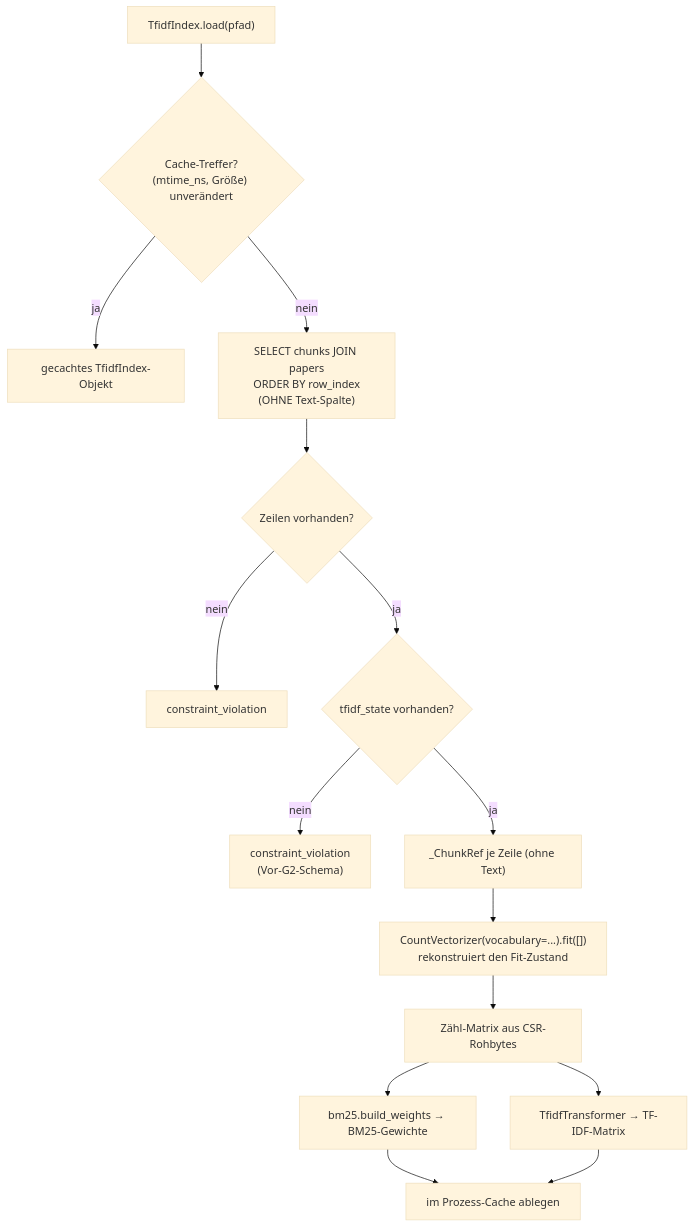
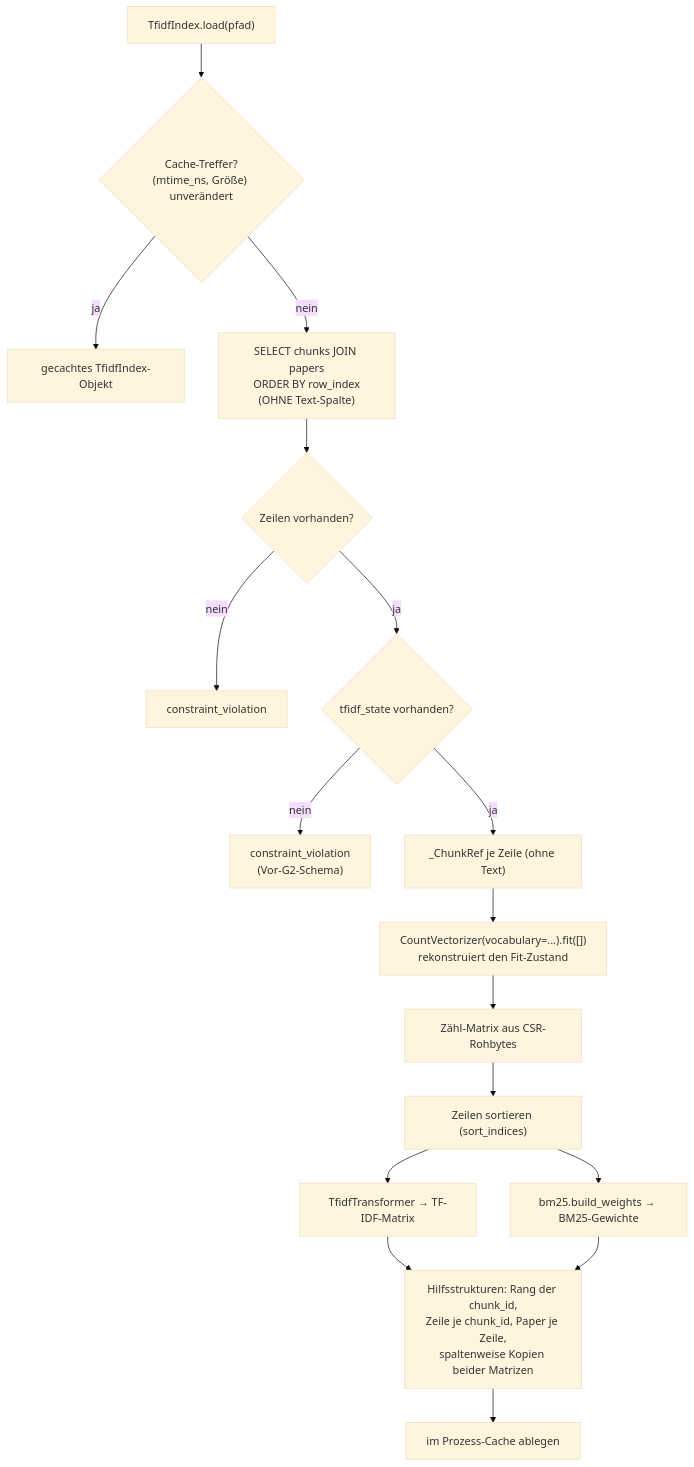
Before and after one commit to MomoEngineer/research-graphrag: the second of 4 diagrams in src/research_graphrag/indexing/doc/tfidf_index.md, drawn with Mermaid (base theme). The commit also changed other lines of this file and 6 other files, not shown here.

````diff
--- a/src/research_graphrag/indexing/doc/tfidf_index.md
+++ b/src/research_graphrag/indexing/doc/tfidf_index.md
@@ -66,17 +73,19 @@
 ```mermaid
 flowchart TD
     L["TfidfIndex.load(pfad)"] --> S{"Cache-Treffer?<br/>(mtime_ns, Größe) unverändert"}
     S -- ja --> CACHED["gecachtes TfidfIndex-Objekt"]
     S -- nein --> A["SELECT chunks JOIN papers<br/>ORDER BY row_index<br/>(OHNE Text-Spalte)"]
     A --> B{"Zeilen vorhanden?"}
     B -- nein --> ERR["constraint_violation"]
     B -- ja --> TS{"tfidf_state vorhanden?"}
     TS -- nein --> ERR2["constraint_violation<br/>(Vor-G2-Schema)"]
     TS -- ja --> C["_ChunkRef je Zeile (ohne Text)"]
     C --> D["CountVectorizer(vocabulary=...).fit([])<br/>rekonstruiert den Fit-Zustand"]
     D --> DS["Zähl-Matrix aus CSR-Rohbytes"]
-    DS --> E["TfidfTransformer → TF-IDF-Matrix"]
-    DS --> F["bm25.build_weights → BM25-Gewichte"]
-    F --> CACHE_STORE["im Prozess-Cache ablegen"]
-    E --> CACHE_STORE
+    DS --> SO["Zeilen sortieren (sort_indices)"]
+    SO --> E["TfidfTransformer → TF-IDF-Matrix"]
+    SO --> F["bm25.build_weights → BM25-Gewichte"]
+    E --> H["Hilfsstrukturen: Rang der chunk_id,<br/>Zeile je chunk_id, Paper je Zeile,<br/>spaltenweise Kopien beider Matrizen"]
+    F --> H
+    H --> CACHE_STORE["im Prozess-Cache ablegen"]
 ```
````
